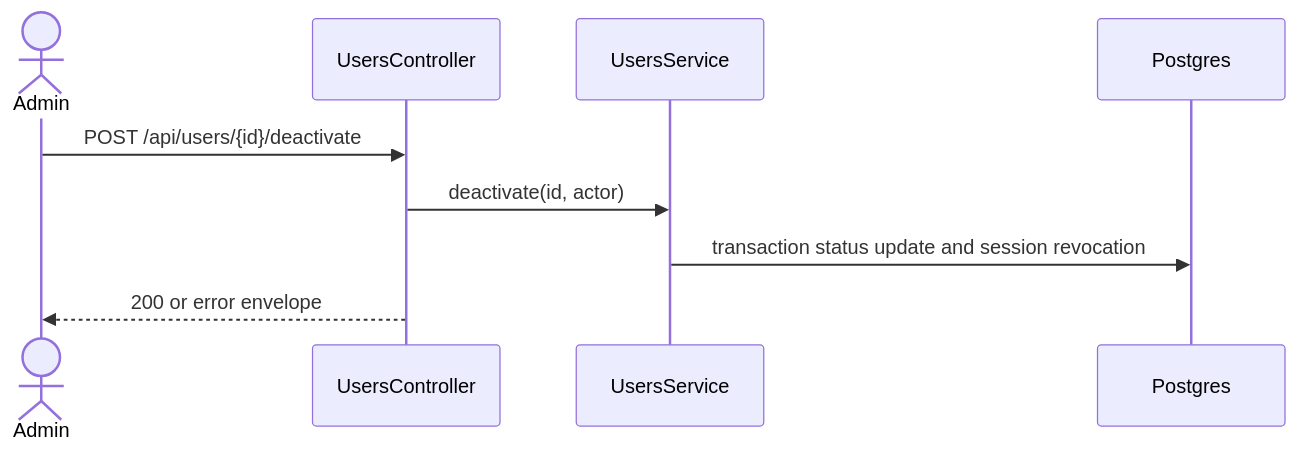
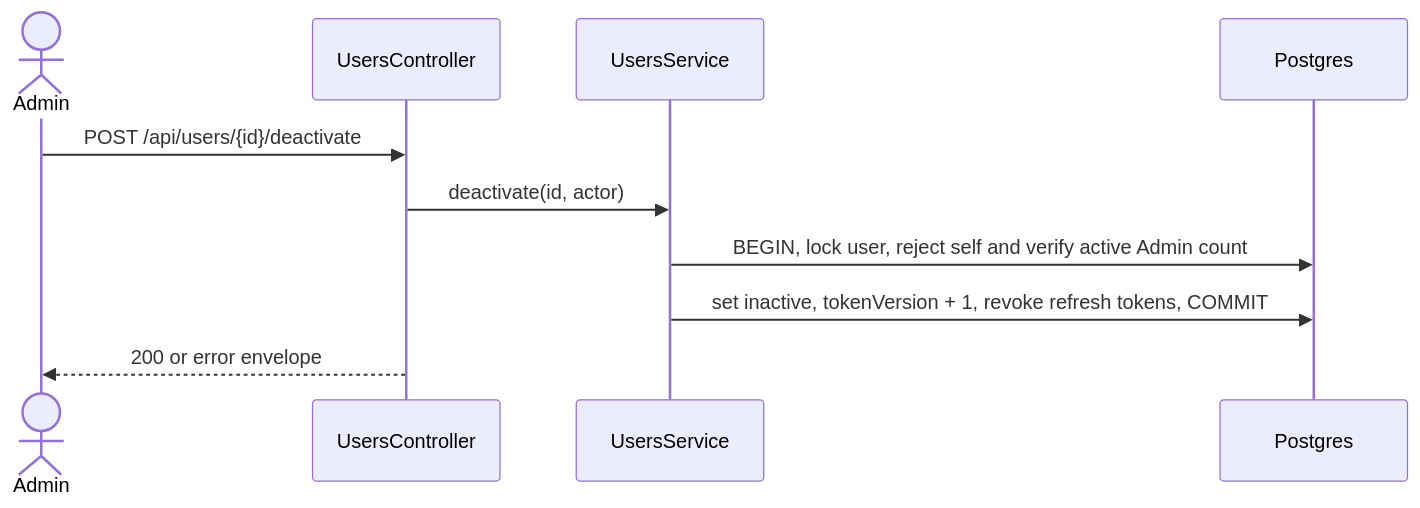
The second of 2 diagrams in specs/auth/api-design/20-post-users-deactivate.md (TrekLink-Team/treklink-web), drawn with Mermaid before and after one commit. The commit also changed other lines of this file and 9 other files, not shown here.

````diff
--- a/specs/auth/api-design/20-post-users-deactivate.md
+++ b/specs/auth/api-design/20-post-users-deactivate.md
@@ -87,11 +88,12 @@
 ```mermaid
 sequenceDiagram
     actor Admin
     participant Controller as UsersController
     participant Service as UsersService
     participant DB as Postgres
     Admin->>Controller: POST /api/users/{id}/deactivate
     Controller->>Service: deactivate(id, actor)
-    Service->>DB: transaction status update and session revocation
+    Service->>DB: BEGIN, lock user, reject self and verify active Admin count
+    Service->>DB: set inactive, tokenVersion + 1, revoke refresh tokens, COMMIT
     Controller-->>Admin: 200 or error envelope
 ```
````
